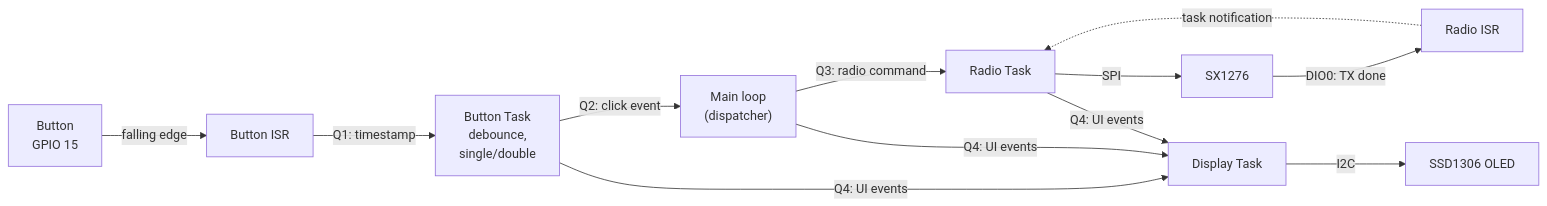
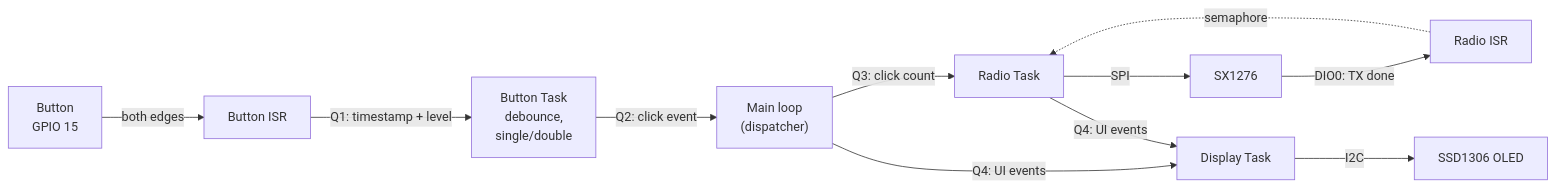
One commit to aprokopenko/esp32-sandbox changed the diagram in 07-freertos-basics/README.md. Above: the diagram before and after it, drawn with Mermaid. The commit also changed other lines of this file and 7 other files, not shown here.

````diff
--- a/07-freertos-basics/README.md
+++ b/07-freertos-basics/README.md
@@ -23,12 +23,12 @@
 ```mermaid
 flowchart LR
-    BTN["Button<br/>GPIO 15"] -->|"falling edge"| BISR["Button ISR"]
-    BISR -->|"Q1: timestamp"| BT["Button Task<br/>debounce,<br/>single/double"]
+    BTN["Button<br/>GPIO 15"] -->|"both edges"| BISR["Button ISR"]
+    BISR -->|"Q1: timestamp + level"| BT["Button Task<br/>debounce,<br/>single/double"]
     BT -->|"Q2: click event"| LOOP["Main loop<br/>(dispatcher)"]
-    LOOP -->|"Q3: radio command"| RT["Radio Task"]
+    LOOP -->|"Q3: click count"| RT["Radio Task"]
     RT -->|"SPI"| RADIO["SX1276"]
     RADIO -->|"DIO0: TX done"| RISR["Radio ISR"]
-    RISR -.->|"task notification"| RT
-    BT & LOOP & RT -->|"Q4: UI events"| DT["Display Task"]
+    RISR -.->|"semaphore"| RT
+    LOOP & RT -->|"Q4: UI events"| DT["Display Task"]
     DT -->|"I2C"| OLED["SSD1306 OLED"]
 ```
````
